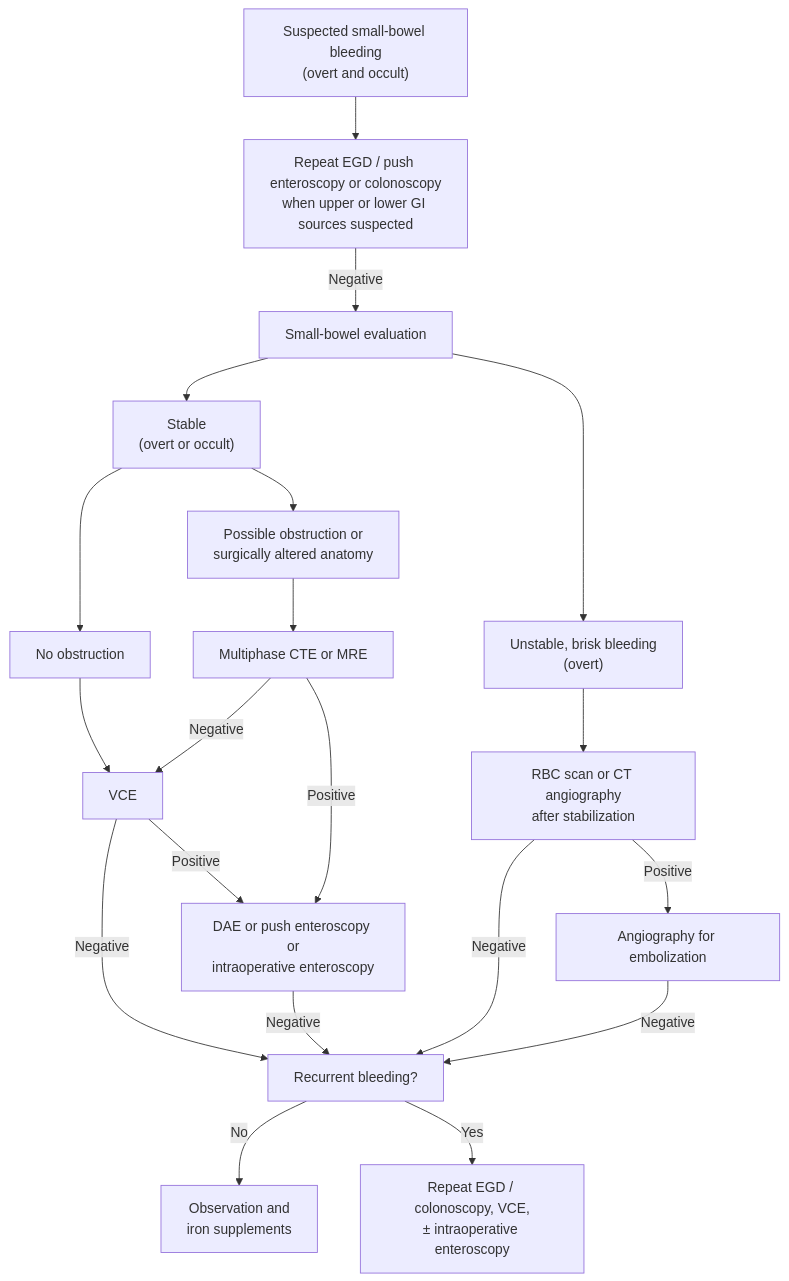
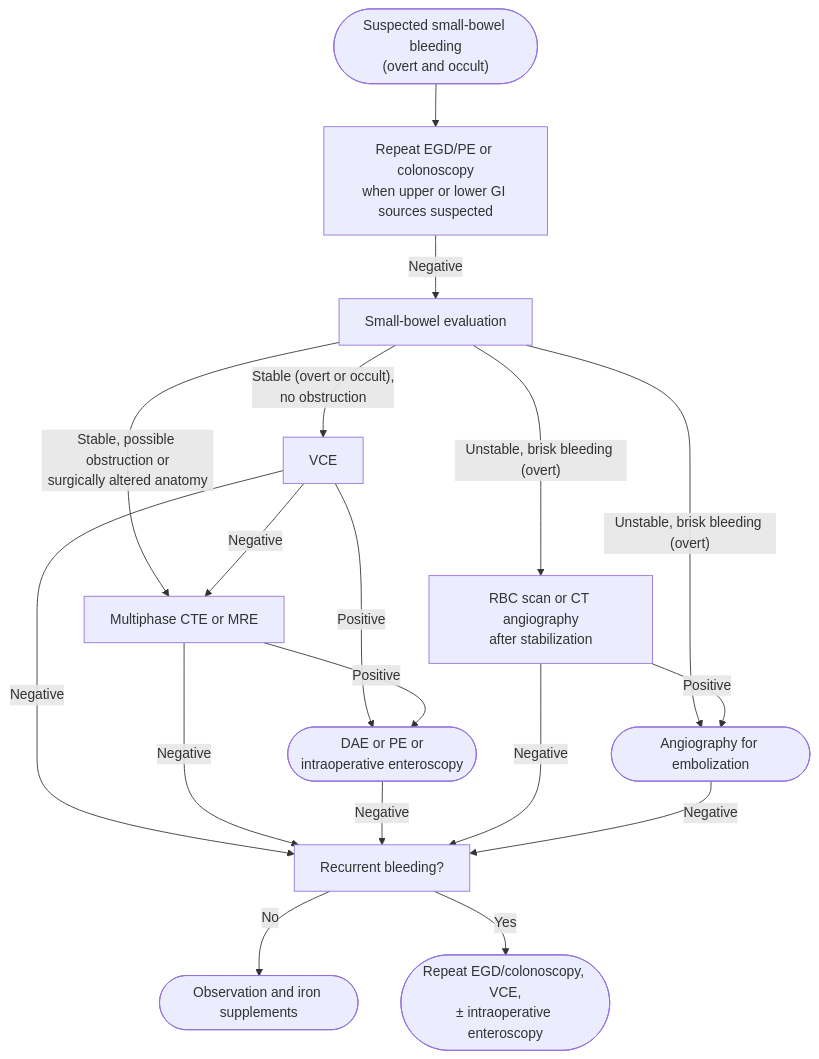
The diagram in KHNL-GI-Wiki/wiki/sources/asge-2017-small-bowel-bleeding.md (KHNickLeMD/KHNL-GI-Wiki), drawn with Mermaid before and after one commit. The commit also changed other lines of this file and 23 other files, not shown here.

````diff
--- a/KHNL-GI-Wiki/wiki/sources/asge-2017-small-bowel-bleeding.md
+++ b/KHNL-GI-Wiki/wiki/sources/asge-2017-small-bowel-bleeding.md
@@ -129,22 +130,24 @@
 ```mermaid
 flowchart TD
-    A["Suspected small-bowel bleeding<br/>(overt and occult)"] --> B["Repeat EGD / push enteroscopy or colonoscopy<br/>when upper or lower GI sources suspected"]
-    B -->|Negative| C["Small-bowel evaluation"]
-    C --> D["Stable<br/>(overt or occult)"]
-    C --> E["Unstable, brisk bleeding<br/>(overt)"]
-    D --> F["No obstruction"]
-    D --> G["Possible obstruction or<br/>surgically altered anatomy"]
-    F --> H["VCE"]
-    G --> I["Multiphase CTE or MRE"]
-    E --> J["RBC scan or CT angiography<br/>after stabilization"]
-    H -->|Positive| K["DAE or push enteroscopy or<br/>intraoperative enteroscopy"]
-    I -->|Positive| K
-    I -->|Negative| H
-    J -->|Positive| L["Angiography for embolization"]
-    H -->|Negative| M["Recurrent bleeding?"]
-    K -->|Negative| M
-    J -->|Negative| M
-    L -->|Negative| M
-    M -->|No| N["Observation and<br/>iron supplements"]
-    M -->|Yes| O["Repeat EGD / colonoscopy, VCE,<br/>± intraoperative enteroscopy"]
+    A(["Suspected small-bowel bleeding<br/>(overt and occult)"]) --> B["Repeat EGD/PE or colonoscopy<br/>when upper or lower GI sources suspected"]
+    B -- "Negative" --> C["Small-bowel evaluation"]
+    C -- "Stable (overt or occult),<br/>no obstruction" --> H["VCE"]
+    C -- "Stable, possible obstruction or<br/>surgically altered anatomy" --> I["Multiphase CTE or MRE"]
+    C -- "Unstable, brisk bleeding (overt)" --> J["RBC scan or CT angiography<br/>after stabilization"]
+    C -- "Unstable, brisk bleeding (overt)" --> L(["Angiography for embolization"])
+    H -- "Negative" --> I
+    H -- "Positive" --> K(["DAE or PE or<br/>intraoperative enteroscopy"])
+    I -- "Positive" --> K
+    J -- "Positive" --> L
+    H -- "Negative" --> M["Recurrent bleeding?"]
+    I -- "Negative" --> M
+    K -- "Negative" --> M
+    J -- "Negative" --> M
+    L -- "Negative" --> M
+    M -- "No" --> N(["Observation and iron supplements"])
+    M -- "Yes" --> O(["Repeat EGD/colonoscopy, VCE,<br/>± intraoperative enteroscopy"])
+    class A start
+    class B,C,H,I,J,M test
+    class K,L,O act
+    class N stop
 ```
````
